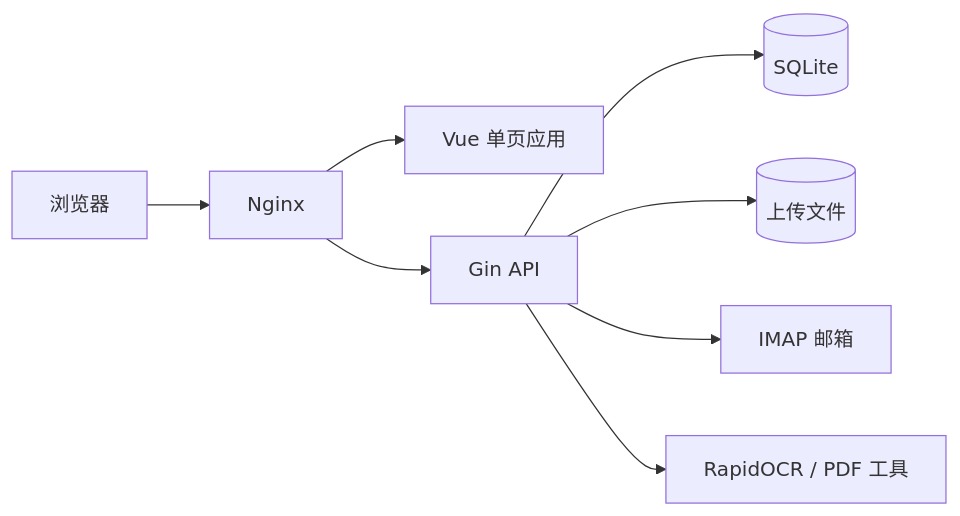
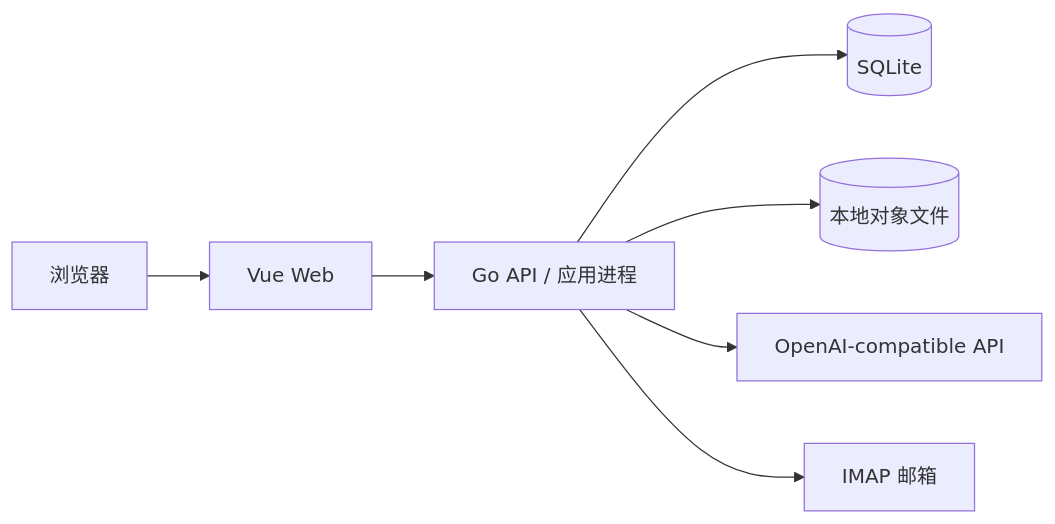
Before and after one commit to tuoro/Smart-bill-manager: the first of 3 diagrams in docs/architecture.md, drawn with Mermaid. The commit also changed other lines of this file and 373 other files, not shown here.

````diff
--- a/docs/architecture.md
+++ b/docs/architecture.md
@@ -7,10 +13,9 @@
 ```mermaid
 flowchart LR
-    Browser[浏览器] --> Nginx[Nginx]
-    Nginx --> Vue[Vue 单页应用]
-    Nginx --> Gin[Gin API]
-    Gin --> SQLite[(SQLite)]
-    Gin --> Uploads[(上传文件)]
-    Gin --> IMAP[IMAP 邮箱]
-    Gin --> OCR[RapidOCR / PDF 工具]
+    Browser[浏览器] --> Web[Vue Web]
+    Web --> API[Go API / 应用进程]
+    API --> DB[(SQLite)]
+    API --> Files[(本地对象文件)]
+    API --> Model[OpenAI-compatible API]
+    API --> Mail[IMAP 邮箱]
 ```
````
